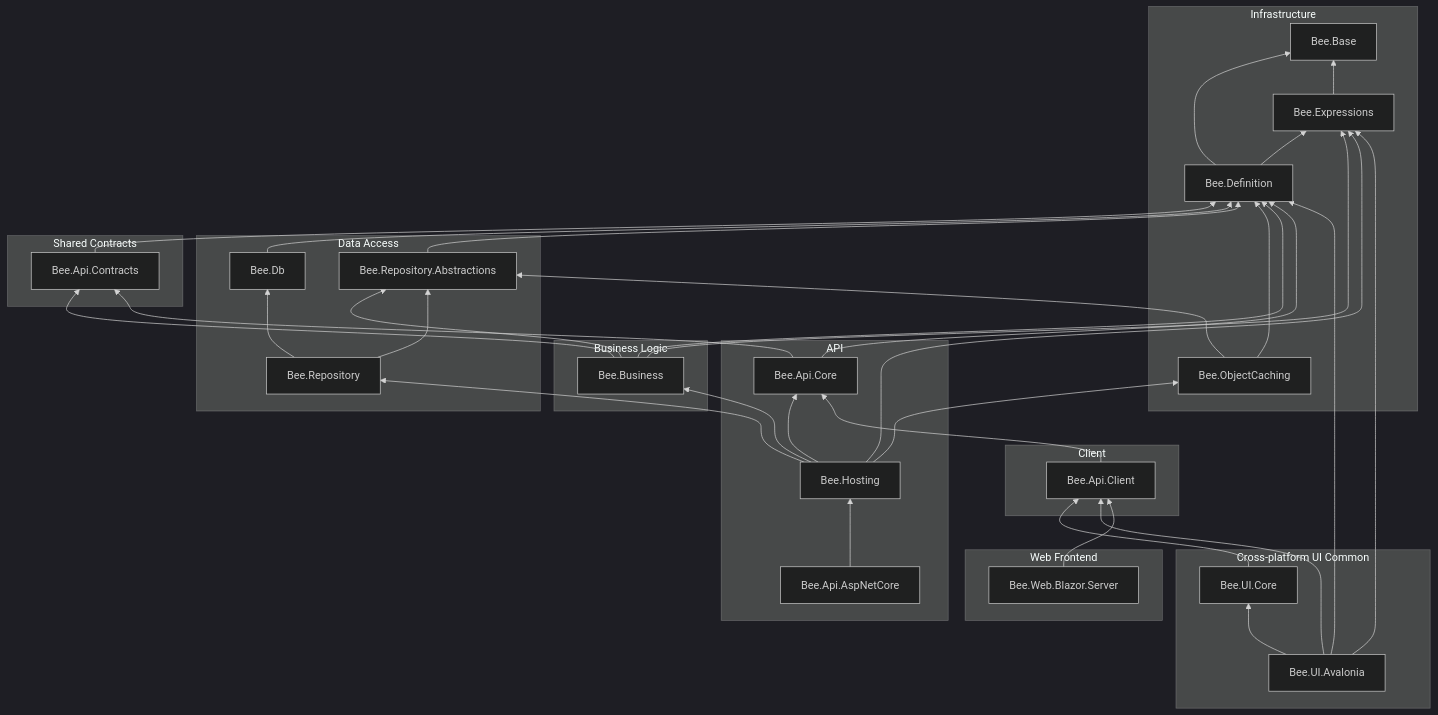
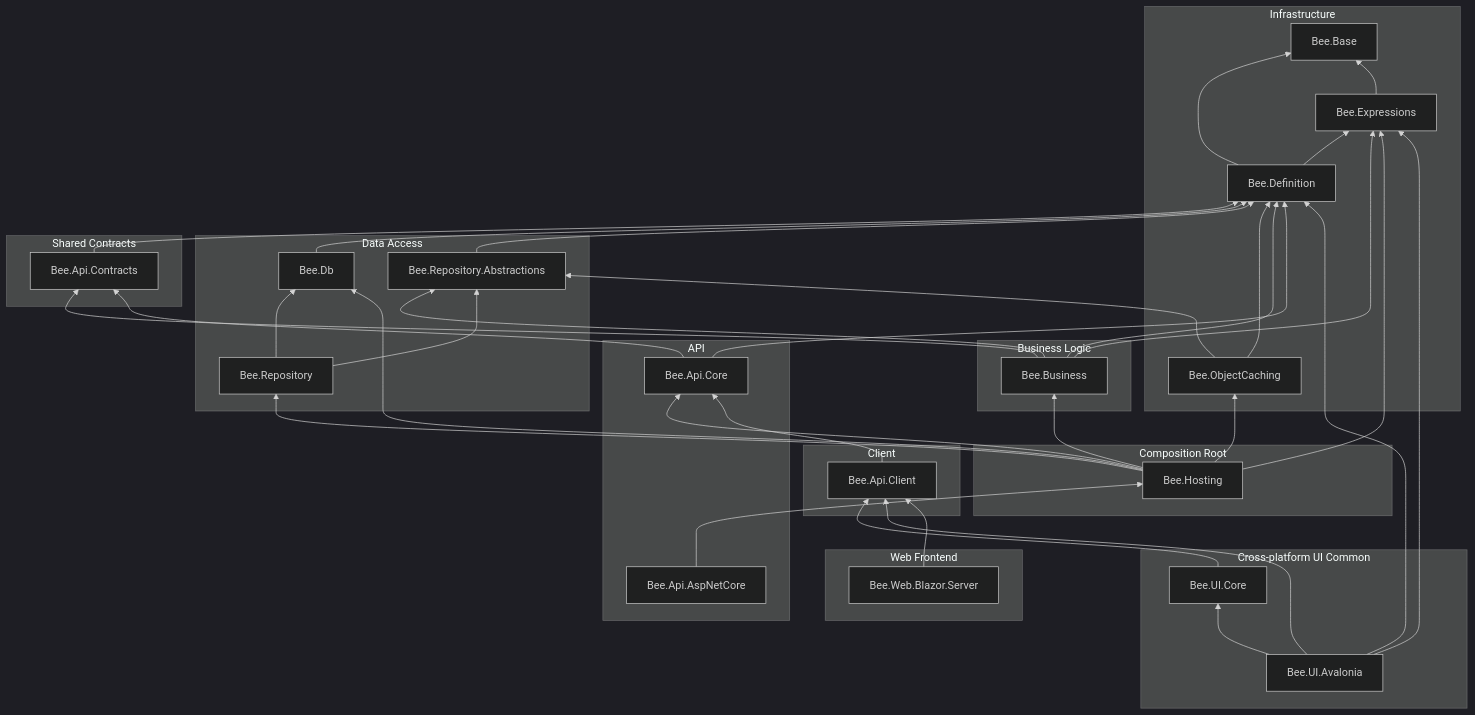
One commit to jeff377/bee-library changed the diagram in docs/dependency-map.md. Above: the diagram before and after it, drawn with Mermaid (dark theme). The commit also changed other lines of this file and 29 other files, not shown here.

First line of the commit message:
refactor(hosting,db,repository): 資料存取自組合根下沉至 Bee.Db 與 Bee.Repository

````diff
--- a/docs/dependency-map.md
+++ b/docs/dependency-map.md
@@ -11,72 +11,76 @@
 ```mermaid
 graph BT
   subgraph Infrastructure
     Base["Bee.Base"]
     Expressions["Bee.Expressions"]
     Definition["Bee.Definition"]
     Caching["Bee.ObjectCaching"]
   end
 
   subgraph DataAccess [Data Access]
     RepoAbs["Bee.Repository.Abstractions"]
     Db["Bee.Db"]
     Repo["Bee.Repository"]
   end
 
   subgraph BusinessLogic [Business Logic]
     Business["Bee.Business"]
   end
 
   subgraph SharedContracts [Shared Contracts]
     Contracts["Bee.Api.Contracts"]
   end
 
   subgraph API
     Core["Bee.Api.Core"]
+    AspNet["Bee.Api.AspNetCore"]
+  end
+
+  subgraph CompositionRoot [Composition Root]
     Hosting["Bee.Hosting"]
-    AspNet["Bee.Api.AspNetCore"]
   end
 
   subgraph ClientLayer [Client]
     Client["Bee.Api.Client"]
   end
 
   subgraph CrossPlatformUI [Cross-platform UI Common]
     UICore["Bee.UI.Core"]
     UIAvalonia["Bee.UI.Avalonia"]
   end
 
   subgraph WebFrontend [Web Frontend]
     BlazorSrv["Bee.Web.Blazor.Server"]
   end
 
   Definition --> Base
   Expressions --> Base
   Definition --> Expressions
   Business --> Expressions
   Hosting --> Expressions
   UIAvalonia --> Expressions
   Contracts --> Definition
   Db --> Definition
   RepoAbs --> Definition
   Caching --> Definition
   Caching --> RepoAbs
   Business --> Contracts
   Business --> Definition
   Business --> RepoAbs
   Repo --> Db
   Repo --> RepoAbs
   Core --> Contracts
   Core --> Definition
   Hosting --> Core
   Hosting --> Business
+  Hosting --> Db
   Hosting --> Repo
   Hosting --> Caching
   AspNet --> Hosting
   Client --> Core
   UICore --> Client
   UIAvalonia --> UICore
   UIAvalonia --> Client
   UIAvalonia --> Definition
   BlazorSrv --> Client
 ```
````
